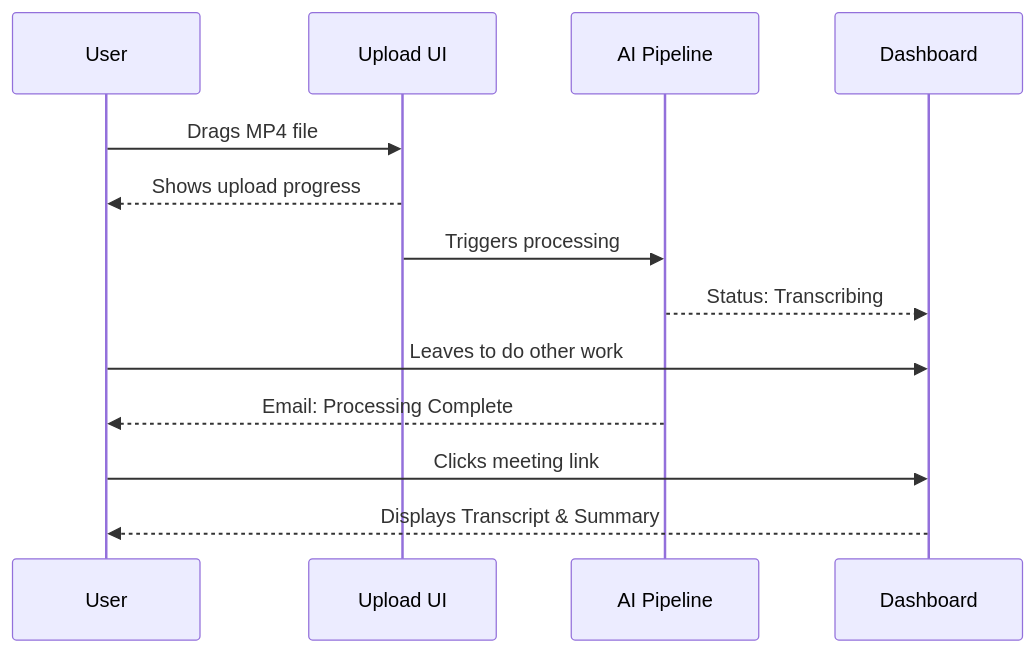
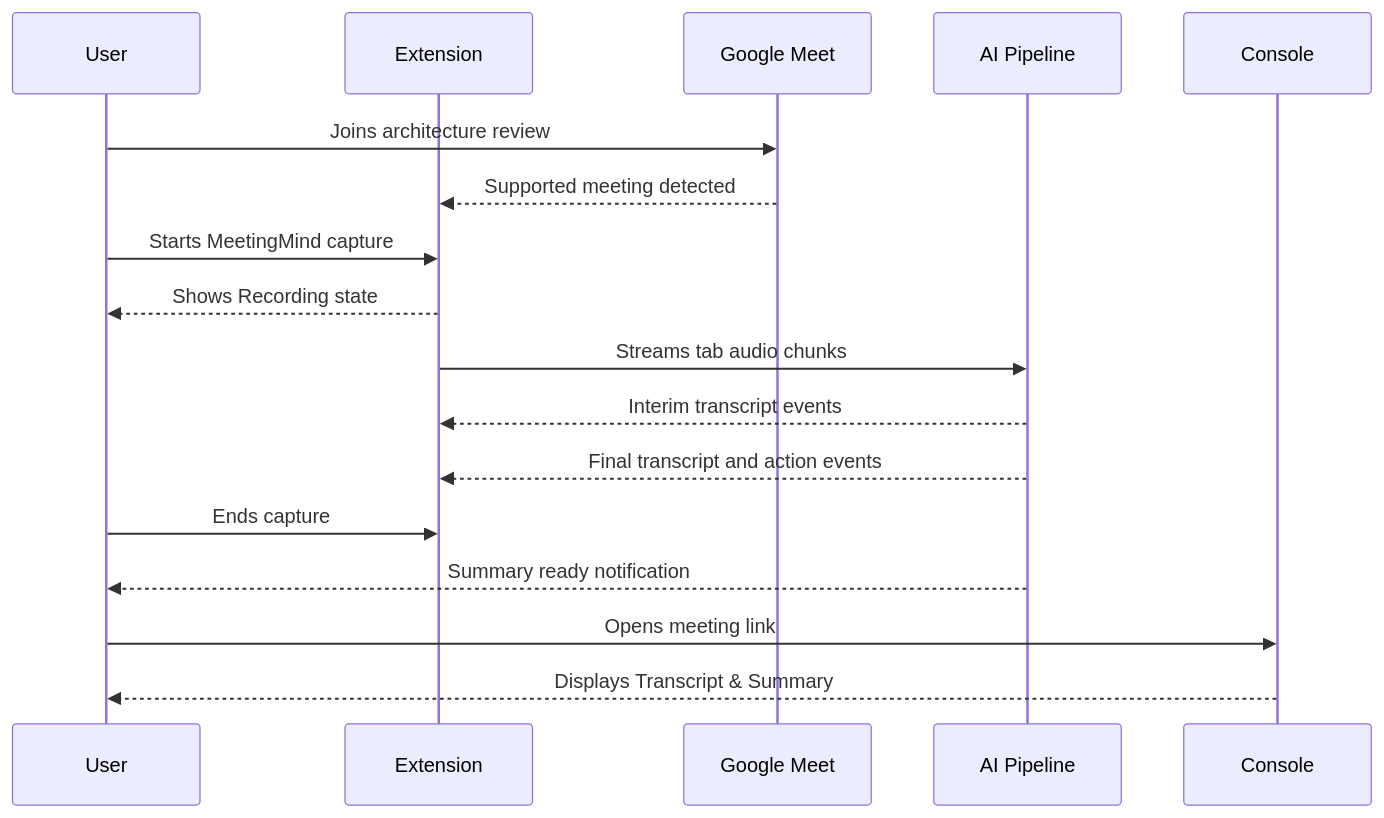
One commit to rudrabhavsar7/MeetingMind changed the diagram in 01-product/user-journeys.md. Above: the diagram before and after it, drawn with Mermaid. The commit also changed other lines of this file and 82 other files, not shown here.

Commit message:
docs: align MeetingMind extension-first planning

````diff
--- a/01-product/user-journeys.md
+++ b/01-product/user-journeys.md
@@ -22,16 +22,20 @@
 ```mermaid
 sequenceDiagram
     participant User
-    participant Upload UI
+    participant Extension
+    participant Google Meet
     participant AI Pipeline
-    participant Dashboard
+    participant Console
     
-    User->>Upload UI: Drags MP4 file
-    Upload UI-->>User: Shows upload progress
-    Upload UI->>AI Pipeline: Triggers processing
-    AI Pipeline-->>Dashboard: Status: Transcribing
-    User->>Dashboard: Leaves to do other work
-    AI Pipeline-->>User: Email: Processing Complete
-    User->>Dashboard: Clicks meeting link
-    Dashboard-->>User: Displays Transcript & Summary
+    User->>Google Meet: Joins architecture review
+    Google Meet-->>Extension: Supported meeting detected
+    User->>Extension: Starts MeetingMind capture
+    Extension-->>User: Shows Recording state
+    Extension->>AI Pipeline: Streams tab audio chunks
+    AI Pipeline-->>Extension: Interim transcript events
+    AI Pipeline-->>Extension: Final transcript and action events
+    User->>Extension: Ends capture
+    AI Pipeline-->>User: Summary ready notification
+    User->>Console: Opens meeting link
+    Console-->>User: Displays Transcript & Summary
 ```
````
